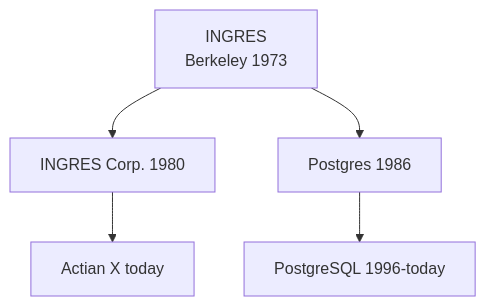
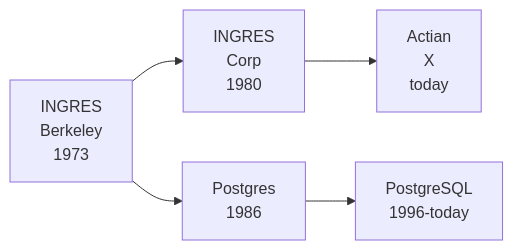
One commit to ufdatastudio/cop5725fa26 changed the sixth of 21 diagrams in lecture-outlines/day2-database-history/slides.md. Above: the diagram before and after it, drawn with Mermaid. The commit also changed other lines of this file, not shown here.

````diff
--- a/lecture-outlines/day2-database-history/slides.md
+++ b/lecture-outlines/day2-database-history/slides.md
@@ -499,7 +473,7 @@
 ```mermaid
-graph TD
-  I["INGRES<br/>Berkeley 1973"] --> IC["INGRES Corp. 1980"]
-  I --> PG["Postgres 1986"]
-  PG --> PGSQL["PostgreSQL 1996-today"]
-  IC --> AX["Actian X today"]
+graph LR
+  I["INGRES<br/>Berkeley<br/>1973"] --> IC["INGRES<br/>Corp<br/>1980"]
+  I --> PG["Postgres<br/>1986"]
+  PG --> PGSQL["PostgreSQL<br/>1996-today"]
+  IC --> AX["Actian<br/>X<br/>today"]
 ```
````
